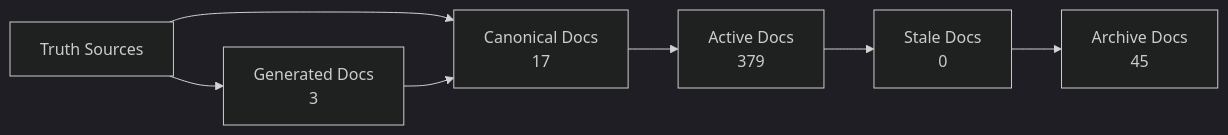
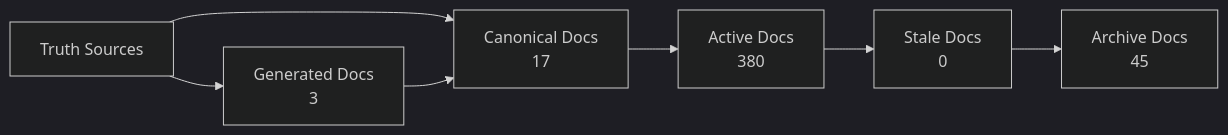
One commit to Latimer-Woods-Tech/Factory changed the diagram in docs/_generated/docs-trust-map.md. Above: the diagram before and after it, drawn with Mermaid (dark theme). The commit also changed 9 other files, not shown here.

````diff
--- a/docs/_generated/docs-trust-map.md
+++ b/docs/_generated/docs-trust-map.md
@@ -20,14 +20,14 @@
 ```mermaid
 flowchart LR
   truth["Truth Sources"] --> canonical["Canonical Docs"]
   canonical --> active["Active Docs"]
   active --> stale["Stale Docs"]
   stale --> archive["Archive Docs"]
   canonical["Canonical Docs\n17"]
-  active["Active Docs\n379"]
+  active["Active Docs\n380"]
   stale["Stale Docs\n0"]
   archive["Archive Docs\n45"]
   generated["Generated Docs\n3"]
   truth --> generated
   generated --> canonical
 ```
````
